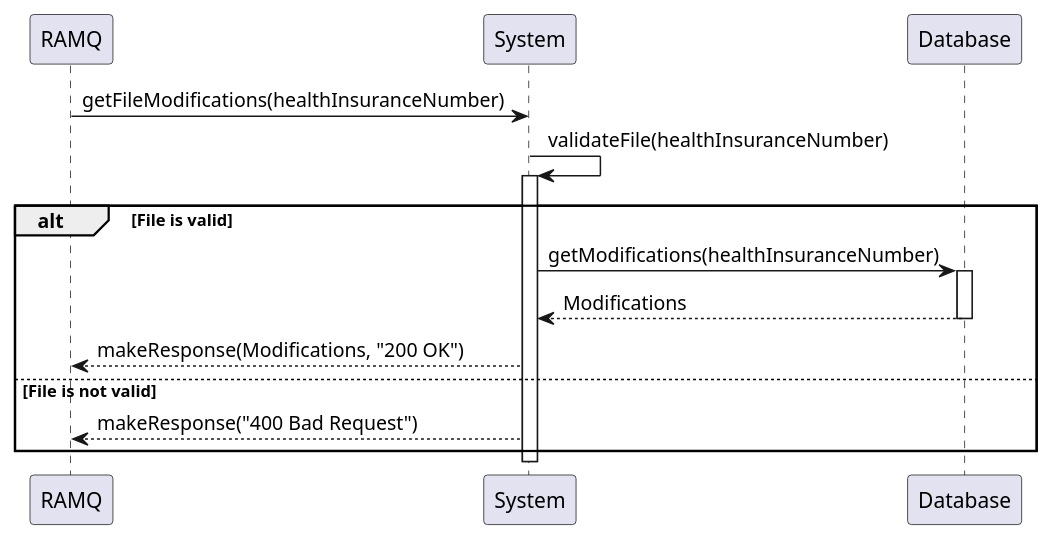
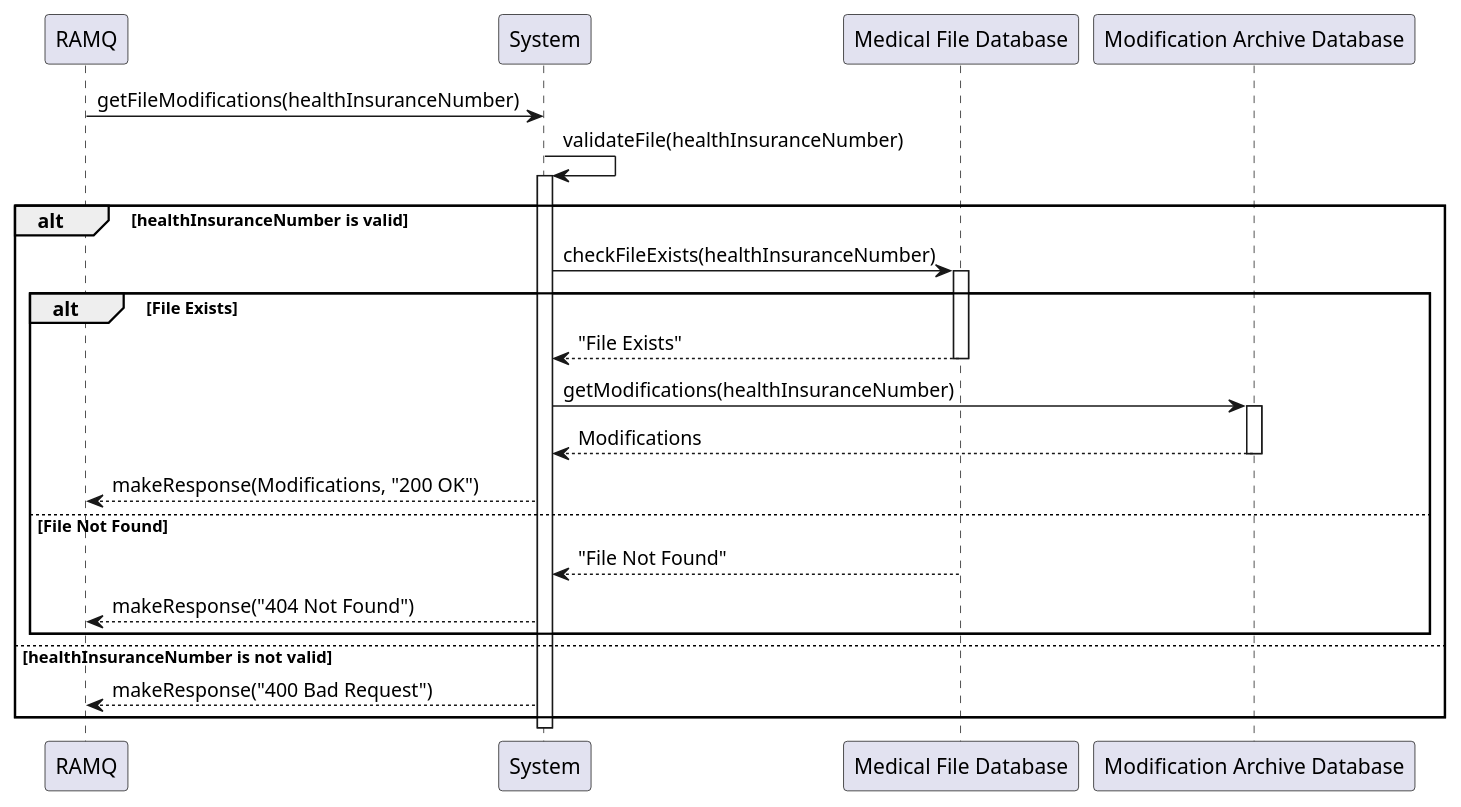
The diagram in plantUml/sequence-get-modification.puml (KevenJAntenor/Quebec-Centralized-Medical-Record-System), drawn with PlantUML before and after one commit. The commit also changed 8 other files, not shown here.

Commit message:
Fix exisiting sequence diagram

```diff
--- a/plantUml/sequence-get-modification.puml
+++ b/plantUml/sequence-get-modification.puml
@@ -1,22 +1,33 @@
 @startuml
 
 participant "RAMQ" as RAMQ
 participant "System" as System
-participant "Database" as Database
+participant "Medical File Database" as MedicalDatabase
+participant "Modification Archive Database" as Database
 
 RAMQ -> System: getFileModifications(healthInsuranceNumber)
 System -> System: validateFile(healthInsuranceNumber)
-alt File is valid
+alt healthInsuranceNumber is valid
     activate System
-    System -> Database: getModifications(healthInsuranceNumber)
-    activate Database
-    Database --> System: Modifications
-    deactivate Database
-    System --> RAMQ: makeResponse(Modifications, "200 OK")
-    else File is not valid
-        System --> RAMQ: makeResponse("400 Bad Request")
+    System -> MedicalDatabase: checkFileExists(healthInsuranceNumber)
+    activate MedicalDatabase
+    alt File Exists
+        MedicalDatabase --> System: "File Exists"
+        deactivate MedicalDatabase
+        System -> Database: getModifications(healthInsuranceNumber)
+        activate Database
+        Database --> System: Modifications
+        deactivate Database
+        System --> RAMQ: makeResponse(Modifications, "200 OK")
+    else File Not Found
+        MedicalDatabase --> System: "File Not Found"
+        deactivate MedicalDatabase
+        System --> RAMQ: makeResponse("404 Not Found")
     end
+else healthInsuranceNumber is not valid
+    System --> RAMQ: makeResponse("400 Bad Request")
+end
 
 deactivate System
 
 @enduml
```
